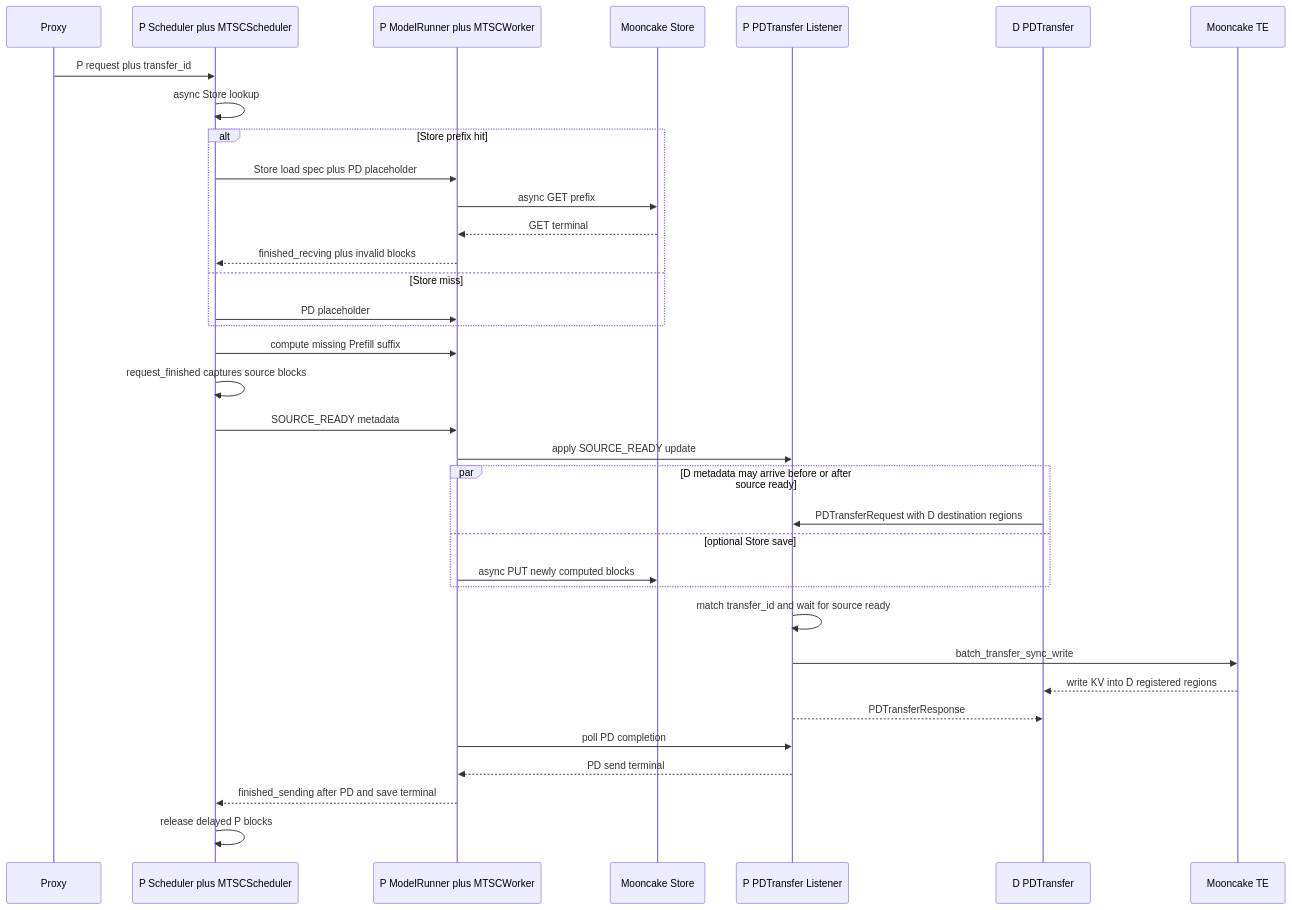
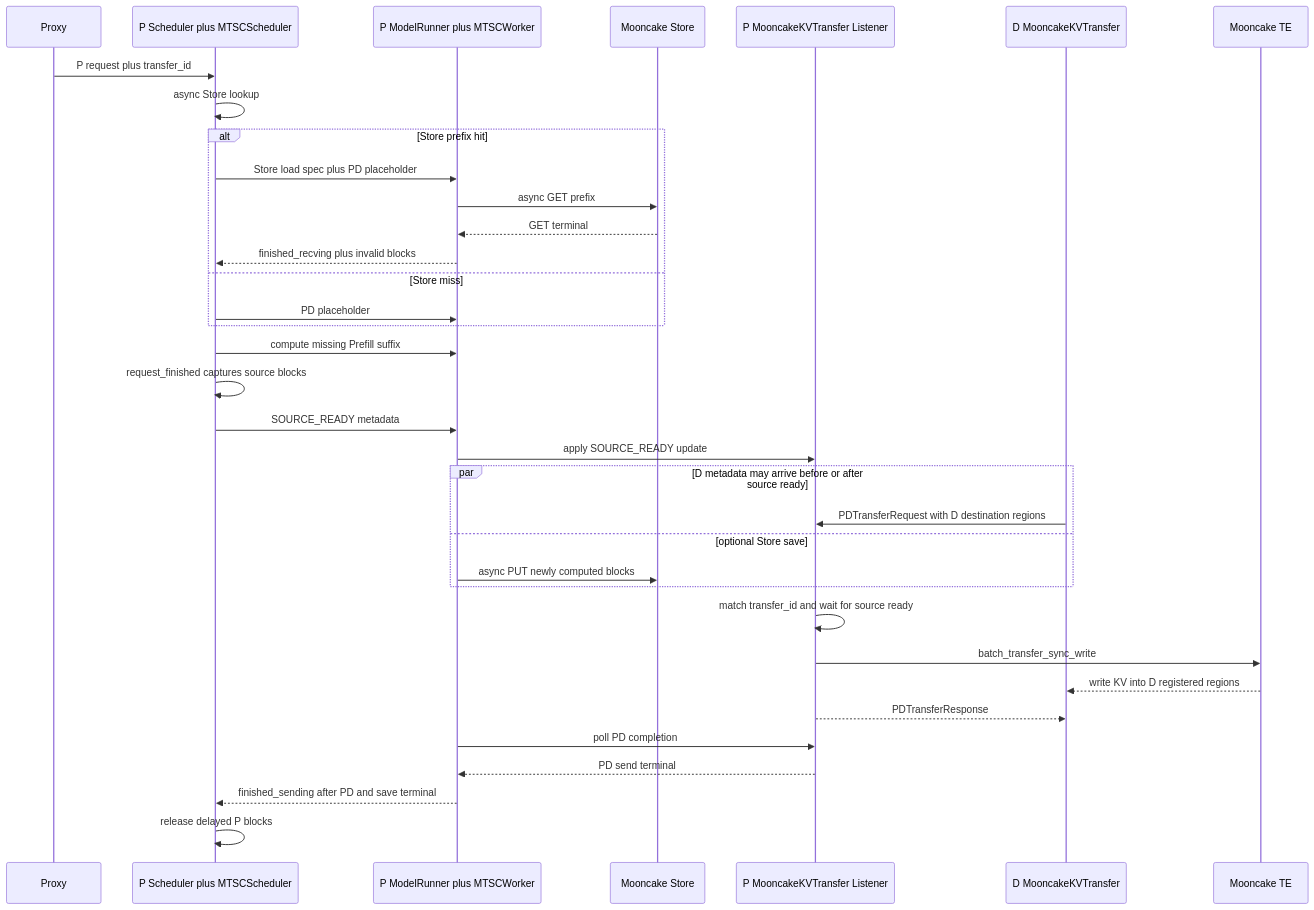
The third of 4 diagrams in docs/design/S02-prefill设计.md (WangSu-X/MTSC), drawn with Mermaid before and after one commit. The commit also changed other lines of this file and 20 other files, not shown here.

Commit message:
refactor(mtsc): implement Mooncake KVCachePool and KVTransfer

````diff
--- a/docs/design/S02-prefill设计.md
+++ b/docs/design/S02-prefill设计.md
@@ -275,38 +284,38 @@
 ```mermaid
 sequenceDiagram
     participant X as Proxy
     participant S as P Scheduler plus MTSCScheduler
     participant W as P ModelRunner plus MTSCWorker
     participant ST as Mooncake Store
-    participant PP as P PDTransfer Listener
-    participant DP as D PDTransfer
+    participant PP as P MooncakeKVTransfer Listener
+    participant DP as D MooncakeKVTransfer
     participant TE as Mooncake TE
 
     X->>S: P request plus transfer_id
     S->>S: async Store lookup
     alt Store prefix hit
         S->>W: Store load spec plus PD placeholder
         W->>ST: async GET prefix
         ST-->>W: GET terminal
         W-->>S: finished_recving plus invalid blocks
     else Store miss
         S->>W: PD placeholder
     end
     S->>W: compute missing Prefill suffix
     S->>S: request_finished captures source blocks
     S->>W: SOURCE_READY metadata
     W->>PP: apply SOURCE_READY update
     par D metadata may arrive before or after source ready
         DP->>PP: PDTransferRequest with D destination regions
     and optional Store save
         W->>ST: async PUT newly computed blocks
     end
     PP->>PP: match transfer_id and wait for source ready
     PP->>TE: batch_transfer_sync_write
     TE-->>DP: write KV into D registered regions
     PP-->>DP: PDTransferResponse
     W->>PP: poll PD completion
     PP-->>W: PD send terminal
     W-->>S: finished_sending after PD and save terminal
     S->>S: release delayed P blocks
 ```
````
